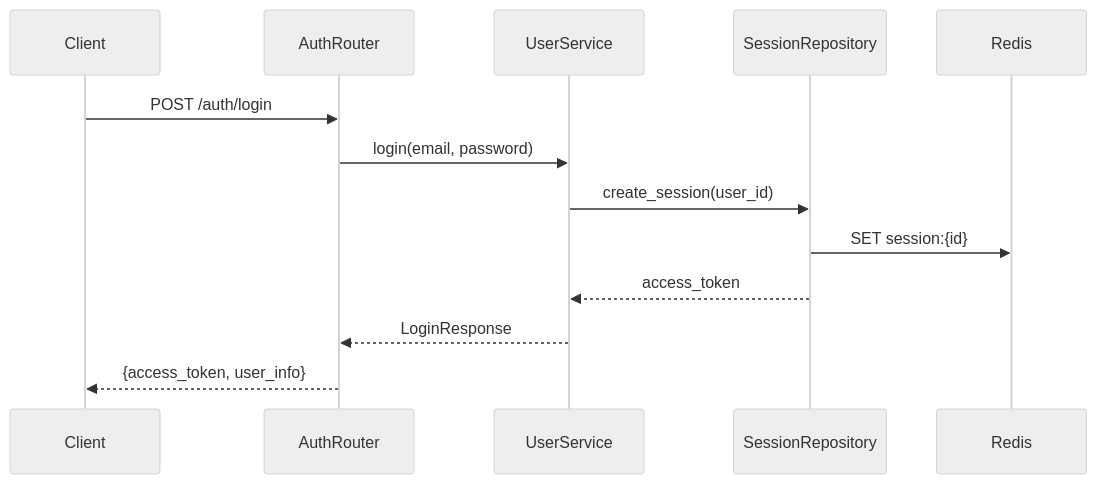
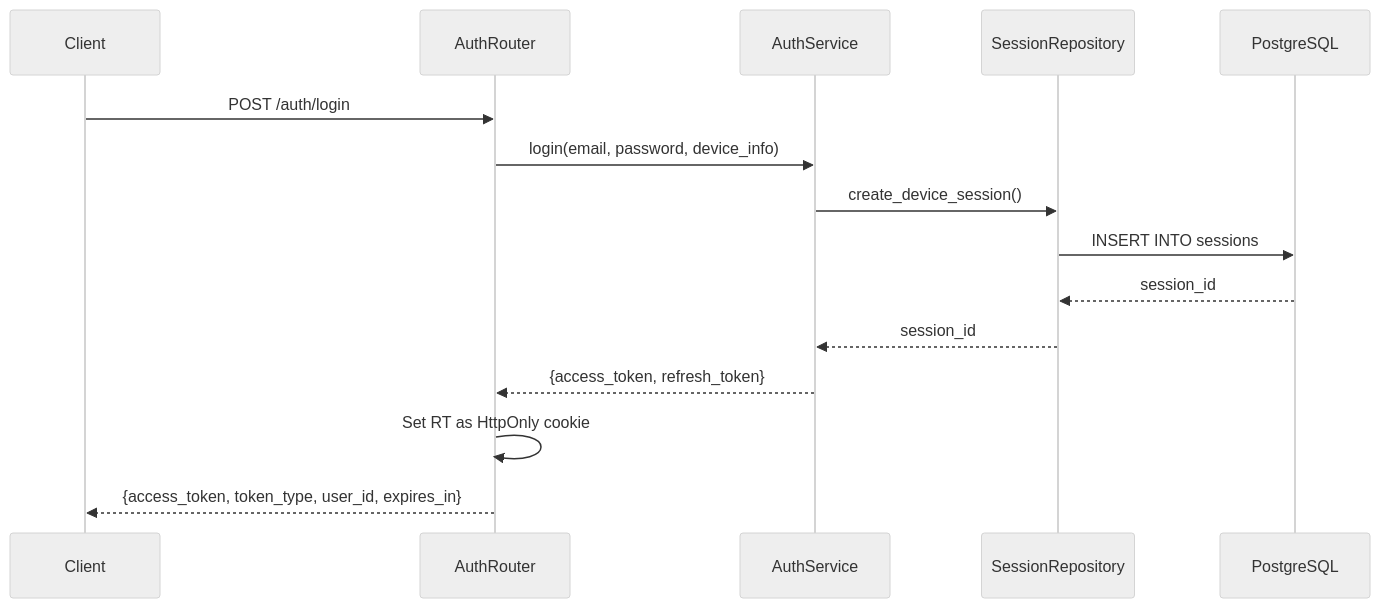
One commit to eehwan/community-api changed the first of 4 diagrams in docs/아키텍처/API 설계.md. Above: the diagram before and after it, drawn with Mermaid (neutral theme). The commit also changed other lines of this file and 6 other files, not shown here.

````diff
--- a/docs/아키텍처/API 설계.md
+++ b/docs/아키텍처/API 설계.md
@@ -22,16 +22,18 @@
 ```mermaid
 sequenceDiagram
     participant Client
     participant AuthRouter
-    participant UserService
+    participant AuthService
     participant SessionRepository
-    participant Redis
+    participant PostgreSQL
     
     Client->>AuthRouter: POST /auth/login
-    AuthRouter->>UserService: login(email, password)
-    UserService->>SessionRepository: create_session(user_id)
-    SessionRepository->>Redis: SET session:{id}
-    SessionRepository-->>UserService: access_token
-    UserService-->>AuthRouter: LoginResponse
-    AuthRouter-->>Client: {access_token, user_info}
+    AuthRouter->>AuthService: login(email, password, device_info)
+    AuthService->>SessionRepository: create_device_session()
+    SessionRepository->>PostgreSQL: INSERT INTO sessions
+    PostgreSQL-->>SessionRepository: session_id
+    SessionRepository-->>AuthService: session_id
+    AuthService-->>AuthRouter: {access_token, refresh_token}
+    AuthRouter->>AuthRouter: Set RT as HttpOnly cookie
+    AuthRouter-->>Client: {access_token, token_type, user_id, expires_in}
 ```
````
